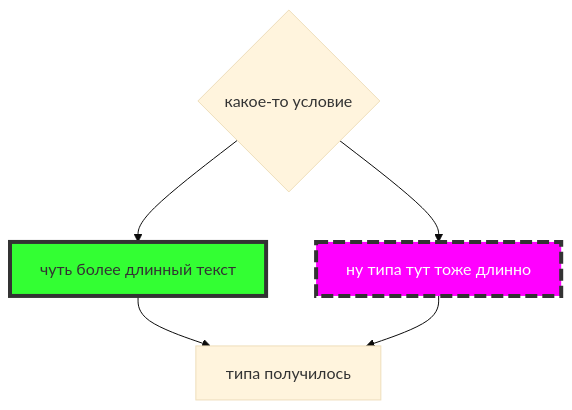
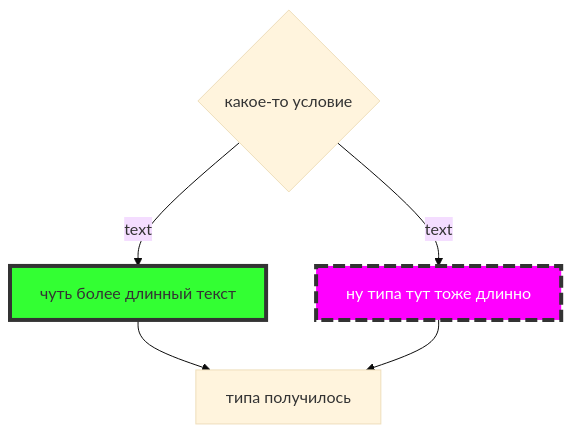
Before and after one commit to SofiiaBobr5565/Mermaid_syntax_hints_for_md: the sixth of 6 diagrams in README.md, drawn with Mermaid (base theme).

````diff
--- a/README.md
+++ b/README.md
@@ -63,6 +63,6 @@
 ```mermaid
 flowchart TB
 style id1 fill:#3f3,stroke:#333,stroke-width:4px
 style id2 fill:#FF00FF,stroke:#333,stroke-width:4px,color:#fff,stroke-dasharray: 12 5
-node8{какое-то условие}--> id1["чуть более длинный текст"] & id2["ну типа тут тоже длинно"]--> id3["типа получилось"]
+node8{какое-то условие}--> |text|id1["чуть более длинный текст"] & id2["ну типа тут тоже длинно"]--> id3["типа получилось"]
 ```
````
